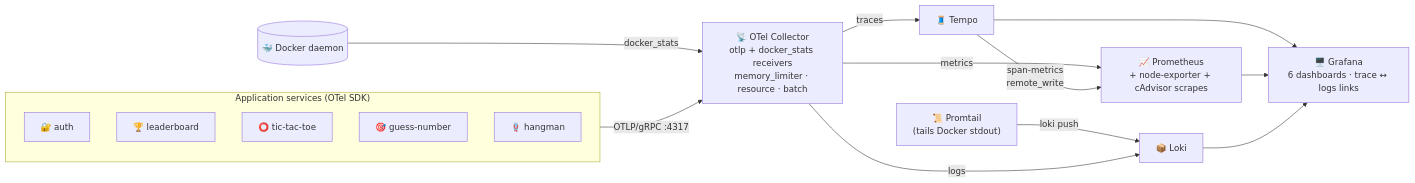
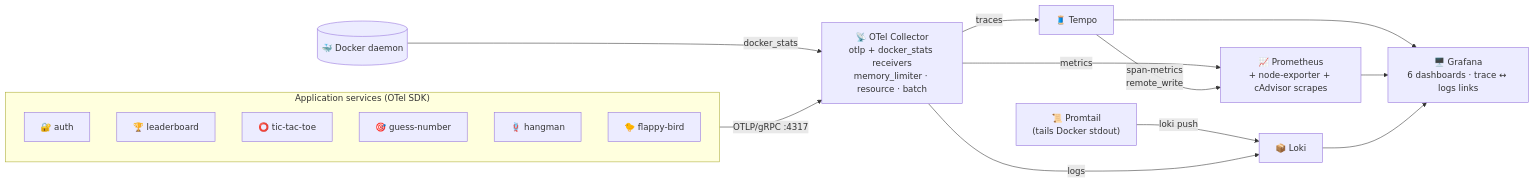
Before and after one commit to SK-ILLish-GIT/games_sk: the diagram in OBSERVABILITY.md, drawn with Mermaid. The commit also changed other lines of this file and 4 other files, not shown here.

Commit message:
feat: integrate Flappy Bird service into architecture documentation, observability metrics, and frontend components

````diff
--- a/OBSERVABILITY.md
+++ b/OBSERVABILITY.md
@@ -34,27 +34,28 @@
 ```mermaid
 flowchart LR
   subgraph Apps [" Application services (OTel SDK) "]
     direction TB
     AppAuth["🔐 auth"]
     AppLB["🏆 leaderboard"]
     AppTTT["⭕ tic-tac-toe"]
     AppGN["🎯 guess-number"]
     AppHM["🪢 hangman"]
+    AppFB["🐤 flappy-bird"]
   end
 
   Promtail["📜 Promtail<br/>(tails Docker stdout)"]
   Docker[("🐳 Docker daemon")]
 
   Apps   -- "OTLP/gRPC :4317"     --> Coll["📡 OTel Collector<br/>otlp + docker_stats receivers<br/>memory_limiter · resource · batch"]
   Docker -- "docker_stats"        --> Coll
   Promtail -- "loki push"         --> Loki
 
   Coll -- traces  --> Tempo["🧵 Tempo"]
   Coll -- metrics --> Prom["📈 Prometheus<br/>+ node-exporter + cAdvisor scrapes"]
   Coll -- logs    --> Loki["📦 Loki"]
   Tempo -- "span-metrics<br/>remote_write" --> Prom
 
   Tempo --> Grafana["🖥️ Grafana<br/>6 dashboards · trace ↔ logs links"]
   Prom  --> Grafana
   Loki  --> Grafana
 ```
````
